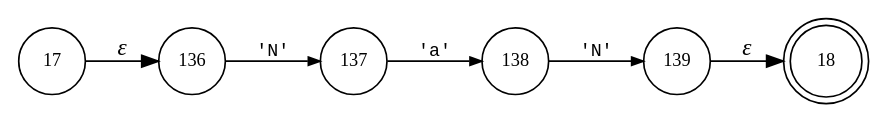
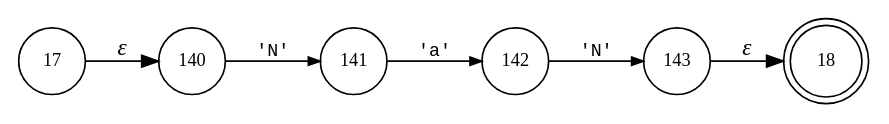
The diagram in internal/parser/BundLexer.T__8.dot (vulogov/Bund2), drawn with Graphviz before and after one commit. The commit also changed 205 other files, not shown here.

```diff
--- a/internal/parser/BundLexer.T__8.dot
+++ b/internal/parser/BundLexer.T__8.dot
@@ -1,14 +1,14 @@
 digraph ATN {
 rankdir=LR;
 s18[fontsize=11, label="18", shape=doublecircle, fixedsize=true, width=.6];
 s17[fontsize=11,label="17", shape=circle, fixedsize=true, width=.55, peripheries=1];
-s136[fontsize=11,label="136", shape=circle, fixedsize=true, width=.55, peripheries=1];
-s137[fontsize=11,label="137", shape=circle, fixedsize=true, width=.55, peripheries=1];
-s138[fontsize=11,label="138", shape=circle, fixedsize=true, width=.55, peripheries=1];
-s139[fontsize=11,label="139", shape=circle, fixedsize=true, width=.55, peripheries=1];
-s17 -> s136 [fontname="Times-Italic", label="&epsilon;"];
-s136 -> s137 [fontsize=11, fontname="Courier", arrowsize=.7, label = "'N'", arrowhead = normal];
-s137 -> s138 [fontsize=11, fontname="Courier", arrowsize=.7, label = "'a'", arrowhead = normal];
-s138 -> s139 [fontsize=11, fontname="Courier", arrowsize=.7, label = "'N'", arrowhead = normal];
-s139 -> s18 [fontname="Times-Italic", label="&epsilon;"];
+s140[fontsize=11,label="140", shape=circle, fixedsize=true, width=.55, peripheries=1];
+s141[fontsize=11,label="141", shape=circle, fixedsize=true, width=.55, peripheries=1];
+s142[fontsize=11,label="142", shape=circle, fixedsize=true, width=.55, peripheries=1];
+s143[fontsize=11,label="143", shape=circle, fixedsize=true, width=.55, peripheries=1];
+s17 -> s140 [fontname="Times-Italic", label="&epsilon;"];
+s140 -> s141 [fontsize=11, fontname="Courier", arrowsize=.7, label = "'N'", arrowhead = normal];
+s141 -> s142 [fontsize=11, fontname="Courier", arrowsize=.7, label = "'a'", arrowhead = normal];
+s142 -> s143 [fontsize=11, fontname="Courier", arrowsize=.7, label = "'N'", arrowhead = normal];
+s143 -> s18 [fontname="Times-Italic", label="&epsilon;"];
 }
```
